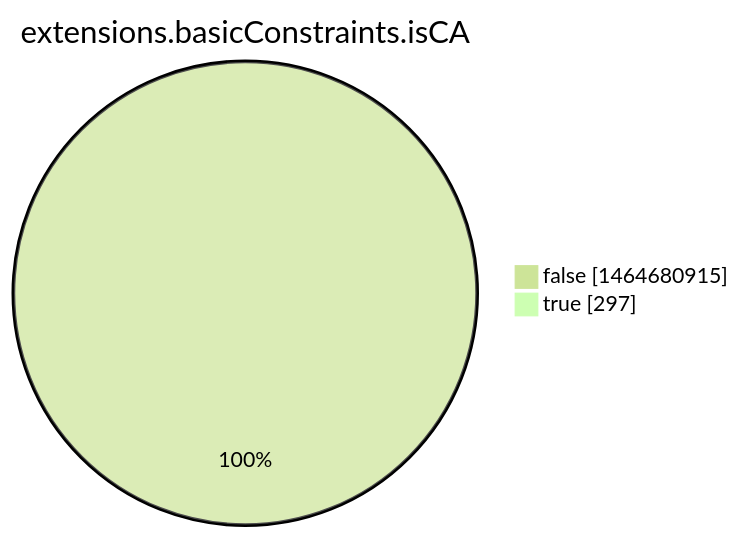
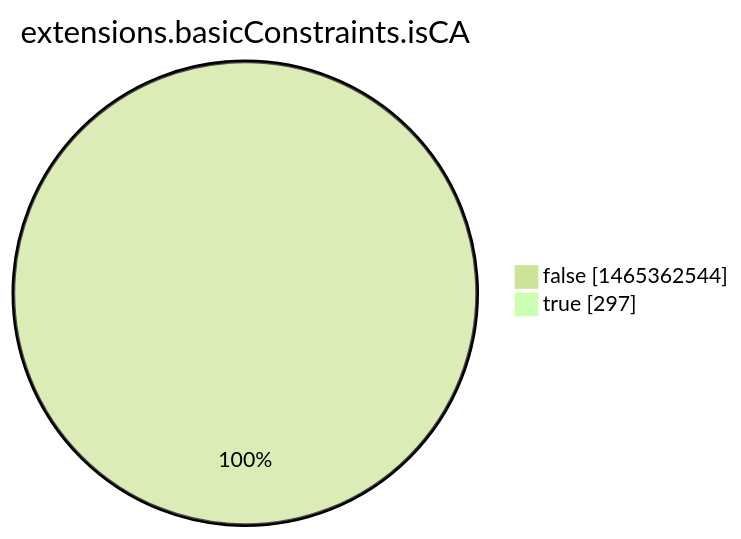
One commit to christiankrug/ctmonitor_visualization changed the eighth of 15 diagrams in argon2022/README.md. Above: the diagram before and after it, drawn with Mermaid (forest theme). The commit also changed other lines of this file, not shown here.

````diff
--- a/argon2022/README.md
+++ b/argon2022/README.md
@@ -2760,6 +2760,6 @@
 ```mermaid
 pie showData
 title extensions.basicConstraints.isCA
-"false" :1464680915
+"false" :1465362544
 "true" :297
 ```
````
